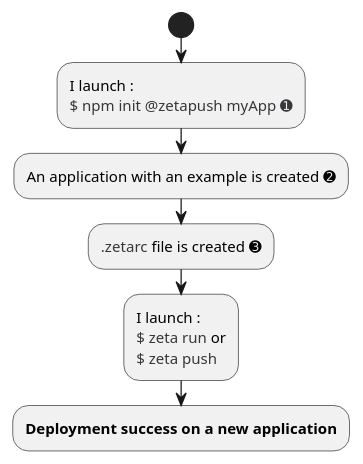
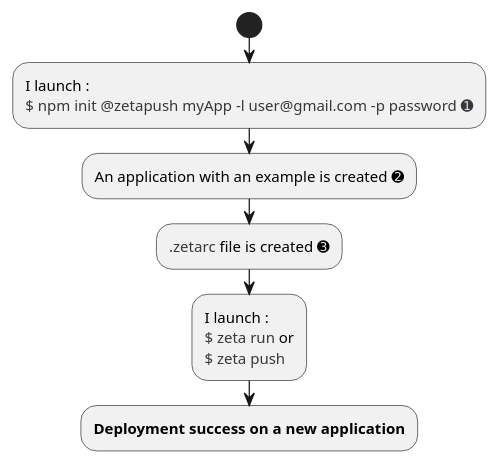
The diagram in src/docs/asciidoc/common/diagrams/workflow-init-with-account-without-app.adoc (zetapush/documentation), drawn with PlantUML before and after one commit. The commit also changed other lines of this file and 44 other files, not shown here.

```diff
--- a/src/docs/asciidoc/common/diagrams/workflow-init-with-account-without-app.adoc
+++ b/src/docs/asciidoc/common/diagrams/workflow-init-with-account-without-app.adoc
@@ -4,17 +4,17 @@
-[plantuml, init-with-account-without-app, png]     
+[plantuml, init-with-account-without-app, png, role="center"]     
 ....
 start
 
 :I launch :
-<color:#38363a>$ npm init @zetapush myApp ➊;
+<color:#38363a>$ npm init @zetapush myApp -l user@gmail.com -p password ➊;
 
 :An application with an example is created ➋;
 
 :<color:#38363a>.zetarc</color> file is created ➌;
 
 :I launch :
 <color:#38363a>$ zeta run</color> or
 <color:#38363a>$ zeta push;
 
 :<b>Deployment success on a new application;
 ....
```
